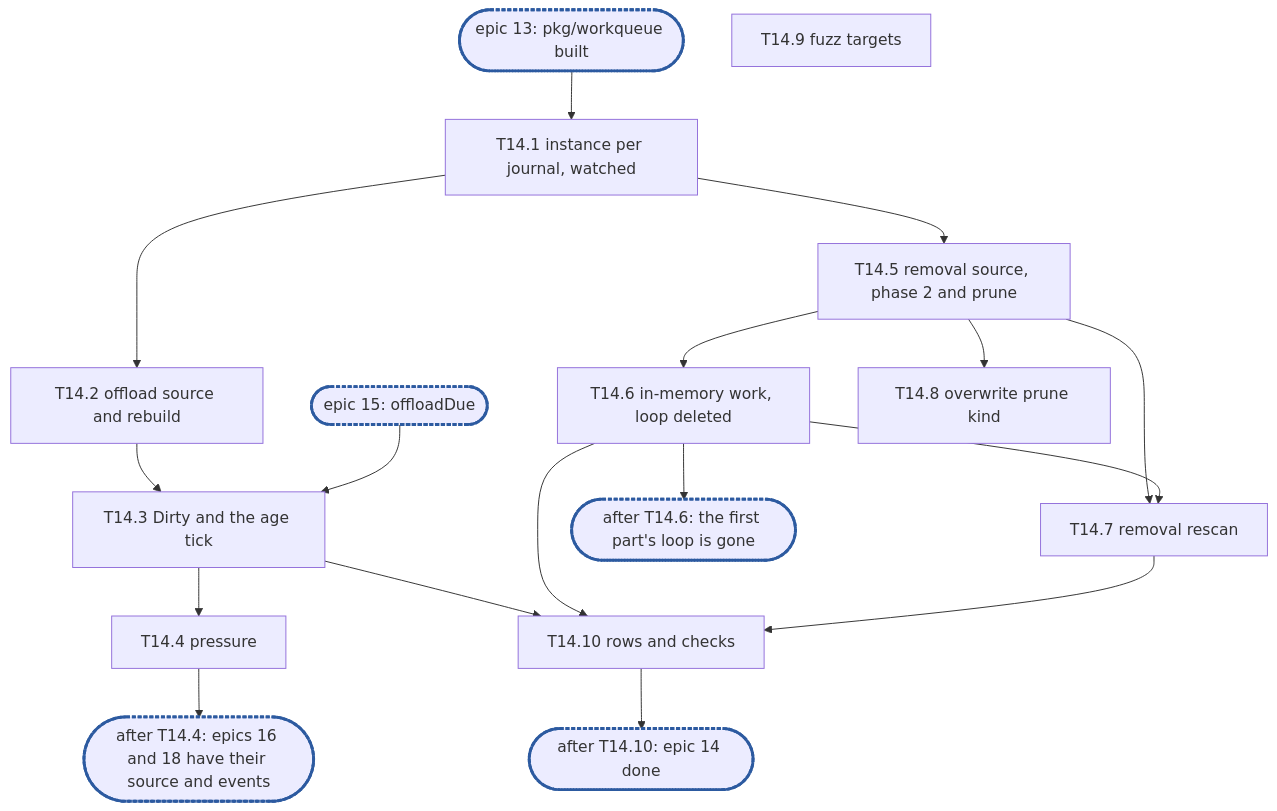
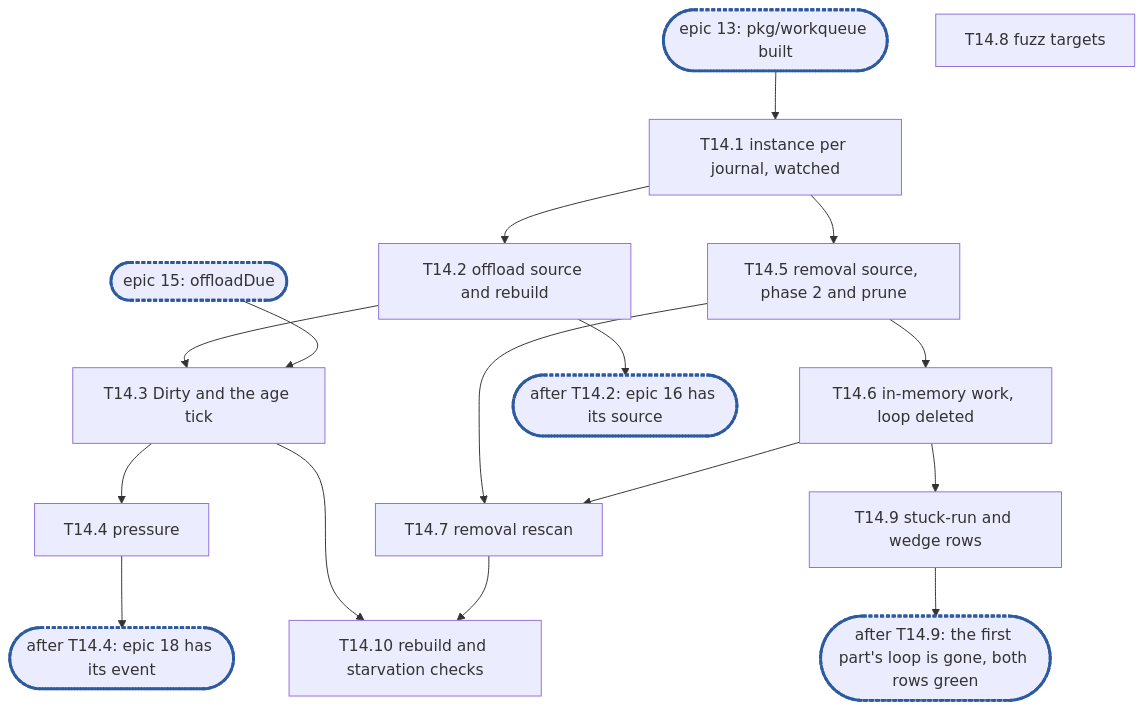
Before and after one commit to cubbit/dittofs: the diagram in .planning/rfc-8-offload-engine-epic14.md, drawn with Mermaid. The commit also changed other lines of this file and 1 other file, not shown here.

Commit message:
docs(planning): fold the review of RFC 8 epic 14's breakdown

````diff
--- a/.planning/rfc-8-offload-engine-epic14.md
+++ b/.planning/rfc-8-offload-engine-epic14.md
@@ -607,18 +667,18 @@
 ```mermaid
 flowchart TD
   EPIC13(["epic 13: pkg/workqueue built"]):::sync --> T14_1["T14.1 instance per journal, watched"]
   T14_1 --> T14_2["T14.2 offload source and rebuild"]
   T14_2 --> T14_3["T14.3 Dirty and the age tick"]
   EPIC15(["epic 15: offloadDue"]):::sync --> T14_3
   T14_3 --> T14_4["T14.4 pressure"]
   T14_1 --> T14_5["T14.5 removal source, phase 2 and prune"]
   T14_5 --> T14_6["T14.6 in-memory work, loop deleted"]
   T14_5 & T14_6 --> T14_7["T14.7 removal rescan"]
-  T14_5 --> T14_8["T14.8 overwrite prune kind"]
-  T14_9["T14.9 fuzz targets"]
-  T14_3 & T14_6 & T14_7 --> T14_10["T14.10 rows and checks"]
-  T14_4 --> C1(["after T14.4: epics 16 and 18 have their source and events"]):::sync
-  T14_6 --> C2(["after T14.6: the first part's loop is gone"]):::sync
-  T14_10 --> C3(["after T14.10: epic 14 done"]):::sync
+  T14_8["T14.8 fuzz targets"]
+  T14_6 --> T14_9["T14.9 stuck-run and wedge rows"]
+  T14_3 & T14_7 --> T14_10["T14.10 rebuild and starvation checks"]
+  T14_2 --> C1(["after T14.2: epic 16 has its source"]):::sync
+  T14_4 --> C2(["after T14.4: epic 18 has its event"]):::sync
+  T14_9 --> C3(["after T14.9: the first part's loop is gone, both rows green"]):::sync
   classDef sync stroke:#2c5aa0,stroke-width:3px,stroke-dasharray:4 2
 ```
````
